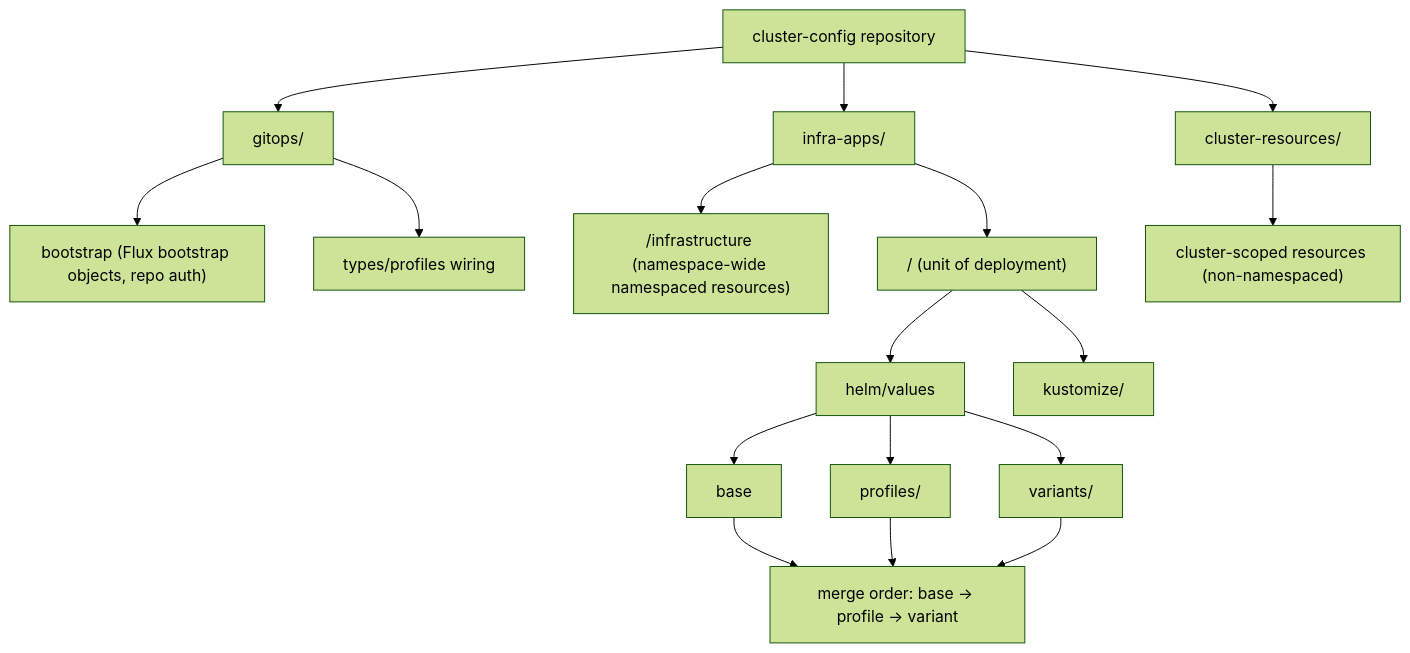
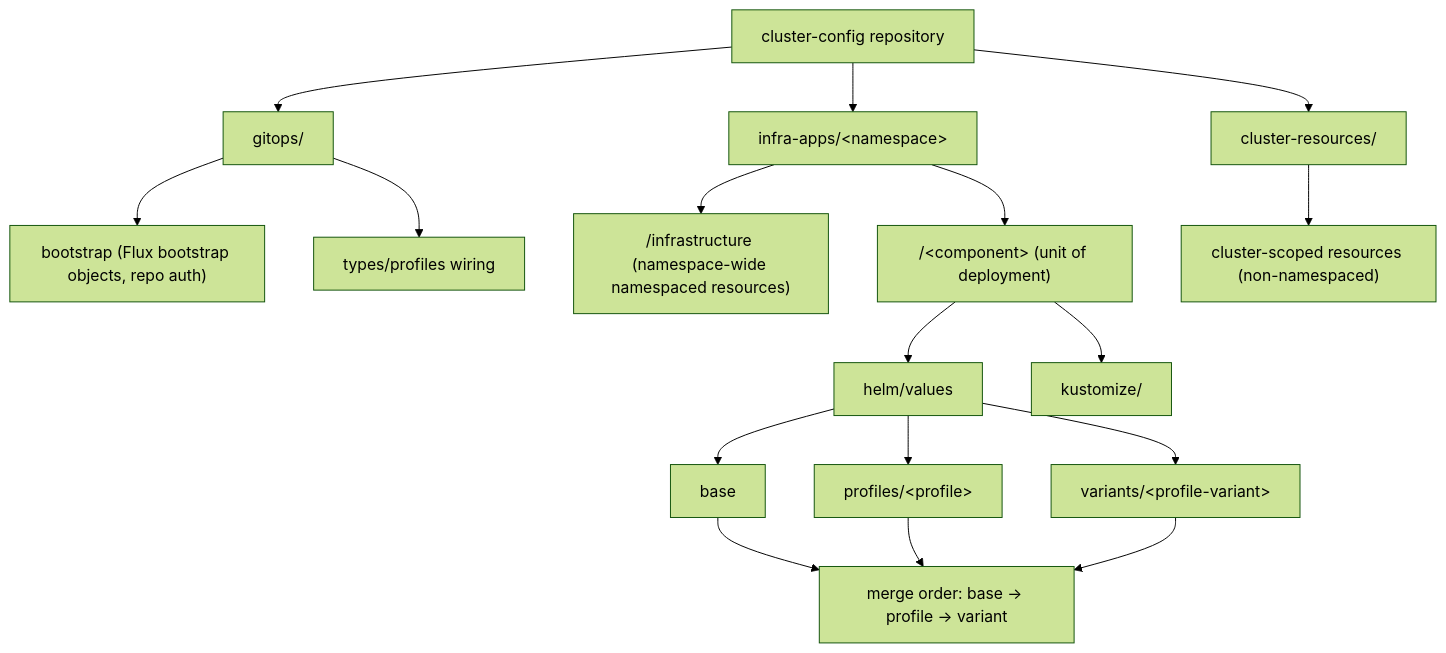
The first of 4 diagrams in app-dev/devops-and-containers/oke/oke-gitops/flux-solution.md (oracle-devrel/technology-engineering), drawn with Mermaid (forest theme) before and after one commit. The commit also changed 89 other files, not shown here.

````diff
--- a/app-dev/devops-and-containers/oke/oke-gitops/flux-solution.md
+++ b/app-dev/devops-and-containers/oke/oke-gitops/flux-solution.md
@@ -152,25 +152,25 @@
 ```mermaid
 flowchart TD
   A["cluster-config repository"] --> B["gitops/"]
-  A --> C["infra-apps/"]
+  A --> C["infra-apps/&lt;namespace&gt;"]
   A --> D["cluster-resources/"]
 
   B --> B1["bootstrap (Flux bootstrap objects, repo auth)"]
   B --> B2["types/profiles wiring"]
 
-  C --> C1["<namespace>/infrastructure (namespace-wide namespaced resources)"]
-  C --> C2["<namespace>/<component> (unit of deployment)"]
+  C --> C1["/infrastructure (namespace-wide namespaced resources)"]
+  C --> C2["/&lt;component&gt; (unit of deployment)"]
 
   C2 --> C3["helm/values"]
   C2 --> C4["kustomize/"]
 
   C3 --> E1["base"]
-  C3 --> E2["profiles/<profile>"]
-  C3 --> E3["variants/<profile-variant>"]
+  C3 --> E2["profiles/&lt;profile&gt;"]
+  C3 --> E3["variants/&lt;profile-variant&gt;"]
 
   E1 --> F["merge order: base -> profile -> variant"]
   E2 --> F
   E3 --> F
 
   D --> D1["cluster-scoped resources (non-namespaced)"]
 ```
````
